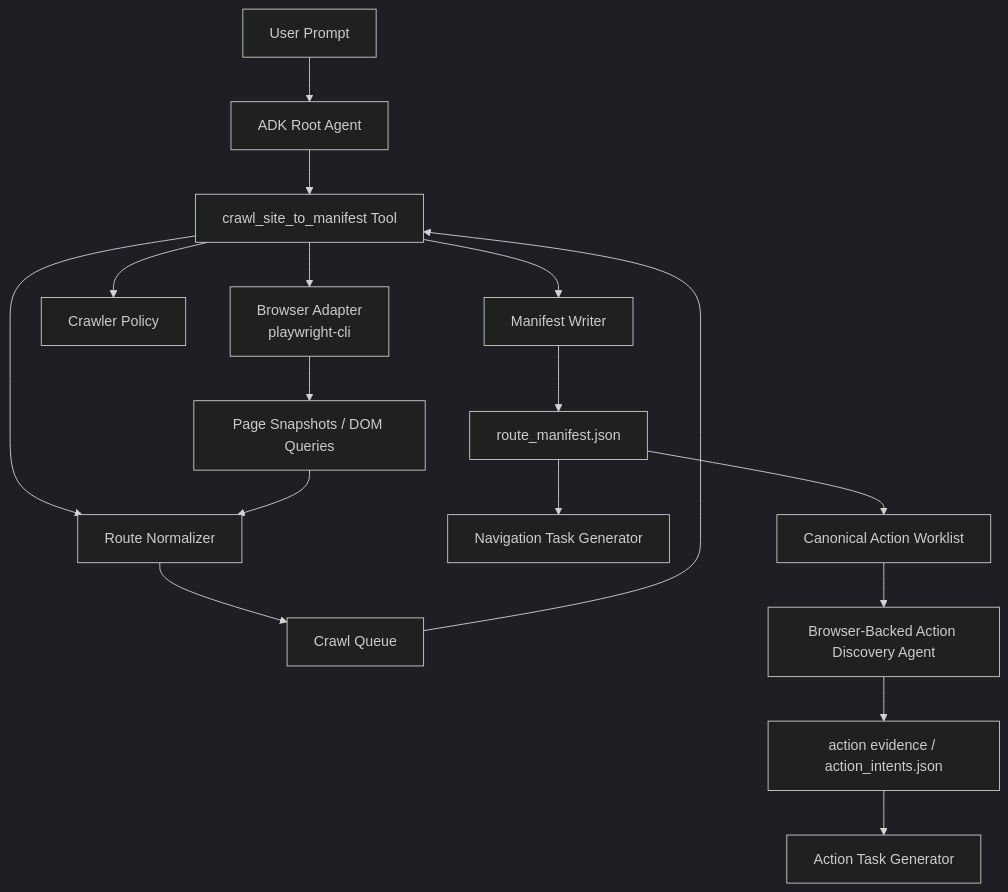
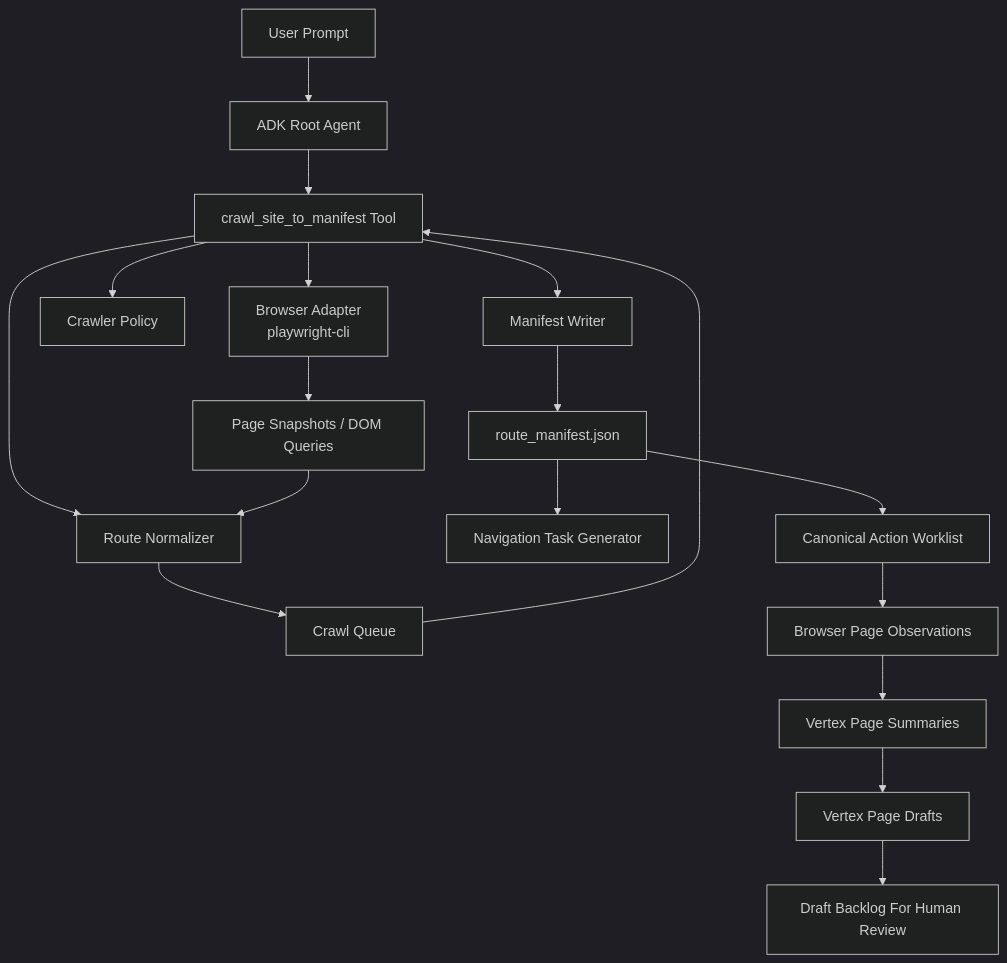
The diagram in docs/adk-playwright-agent/MULTI_STEP_CRAWLER_PLAN.md (kerueilin9/WebExplorer), drawn with Mermaid (dark theme) before and after one commit. The commit also changed other lines of this file and 23 other files, not shown here.

Commit message:
Refactor action draft discovery around snapshot observations

````diff
--- a/docs/adk-playwright-agent/MULTI_STEP_CRAWLER_PLAN.md
+++ b/docs/adk-playwright-agent/MULTI_STEP_CRAWLER_PLAN.md
@@ -73,19 +75,20 @@
 ```mermaid
 flowchart TD
     U["User Prompt"] --> A["ADK Root Agent"]
     A --> C["crawl_site_to_manifest Tool"]
     C --> B["Browser Adapter<br/>playwright-cli"]
     C --> P["Crawler Policy"]
     C --> N["Route Normalizer"]
     C --> M["Manifest Writer"]
     B --> S["Page Snapshots / DOM Queries"]
     S --> N
     N --> Q["Crawl Queue"]
     Q --> C
   M --> O["route_manifest.json"]
   O --> X["Navigation Task Generator"]
   O --> W["Canonical Action Worklist"]
-  W --> I["Browser-Backed Action Discovery Agent"]
-  I --> J["action evidence / action_intents.json"]
-  J --> T["Action Task Generator"]
+  W --> I["Browser Page Observations"]
+  I --> J["Vertex Page Summaries"]
+  J --> K["Vertex Page Drafts"]
+  K --> T["Draft Backlog For Human Review"]
 ```
````
